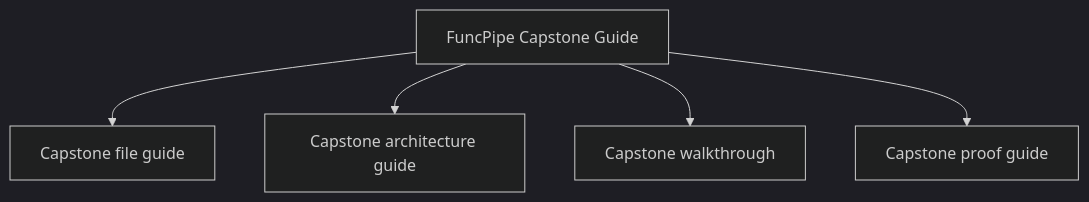
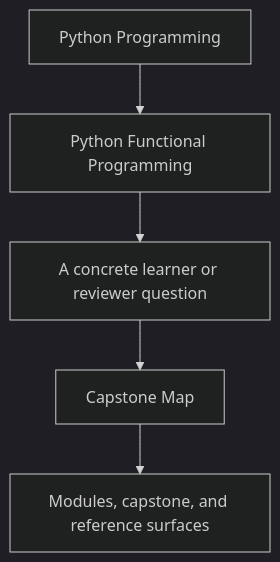
One commit to bijux/bijux-masterclass changed the first of 2 diagrams in programs/python-programming/python-functional-programming/course-book/guides/capstone-map.md. Above: the diagram before and after it, drawn with Mermaid (dark theme). The commit also changed other lines of this file and 23 other files, not shown here.

Commit message:
docs(python-functional-programming): sharpen guide and reference diagrams

````diff
--- a/programs/python-programming/python-functional-programming/course-book/guides/capstone-map.md
+++ b/programs/python-programming/python-functional-programming/course-book/guides/capstone-map.md
@@ -7,7 +7,7 @@
 ```mermaid
-graph TD
-  home["FuncPipe Capstone Guide"] --> files["Capstone file guide"]
-  home --> architecture["Capstone architecture guide"]
-  home --> walkthrough["Capstone walkthrough"]
-  home --> proof["Capstone proof guide"]
+flowchart TD
+  family["Python Programming"] --> program["Python Functional Programming"]
+  program --> pressure["A concrete learner or reviewer question"]
+  pressure --> guide["Capstone Map"]
+  guide --> next["Modules, capstone, and reference surfaces"]
 ```
````
